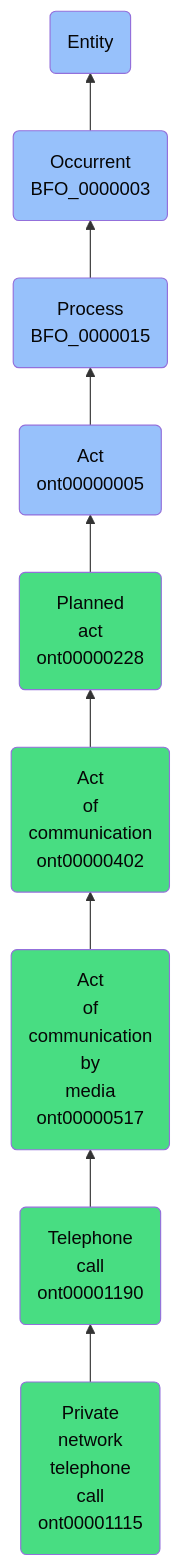
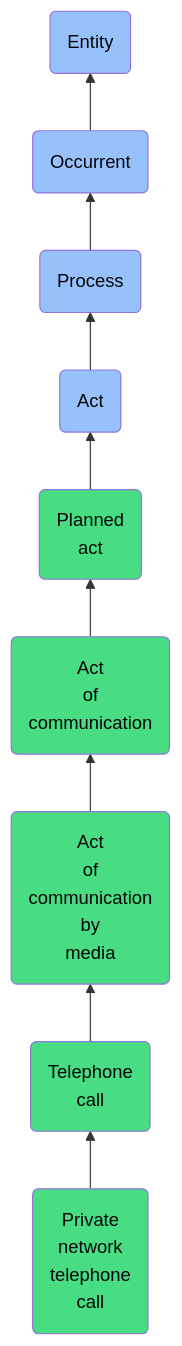
The diagram in docs/ontology/reference/model/Entity/Occurrent/Process/Act/Planned act/Act of communication/Act of communication by media/Telephone call/Private network telephone call/Private network telephone call.md (jupyter-naas/abi), drawn with Mermaid before and after one commit. The commit also changed other lines of this file and 1430 other files, not shown here.

````diff
--- a/docs/ontology/reference/model/Entity/Occurrent/Process/Act/Planned act/Act of communication/Act of communication by media/Telephone call/Private network telephone call/Private network telephone call.md
+++ b/docs/ontology/reference/model/Entity/Occurrent/Process/Act/Planned act/Act of communication/Act of communication by media/Telephone call/Private network telephone call/Private network telephone call.md
@@ -24,16 +24,16 @@
 ```mermaid
 graph BT
-    ont00001115(Private<br>network<br>telephone<br>call<br>ont00001115):::ABI-->ont00001190
-    ont00001190(Telephone<br>call<br>ont00001190):::ABI-->ont00000517
-    ont00000517(Act<br>of<br>communication<br>by<br>media<br>ont00000517):::ABI-->ont00000402
-    ont00000402(Act<br>of<br>communication<br>ont00000402):::ABI-->ont00000228
-    ont00000228(Planned<br>act<br>ont00000228):::ABI-->ont00000005
-    ont00000005(Act<br>ont00000005):::BFO-->BFO_0000015
-    BFO_0000015(Process<br>BFO_0000015):::BFO-->BFO_0000003
-    BFO_0000003(Occurrent<br>BFO_0000003):::BFO-->BFO_0000001
+    ont00001115(Private<br>network<br>telephone<br>call):::ABI-->ont00001190
+    ont00001190(Telephone<br>call):::ABI-->ont00000517
+    ont00000517(Act<br>of<br>communication<br>by<br>media):::ABI-->ont00000402
+    ont00000402(Act<br>of<br>communication):::ABI-->ont00000228
+    ont00000228(Planned<br>act):::ABI-->ont00000005
+    ont00000005(Act):::BFO-->BFO_0000015
+    BFO_0000015(Process):::BFO-->BFO_0000003
+    BFO_0000003(Occurrent):::BFO-->BFO_0000001
     BFO_0000001(Entity):::BFO
     
     classDef BFO fill:#97c1fb,color:#060606
     classDef CCO fill:#e4c51e,color:#060606
     classDef ABI fill:#48DD82,color:#060606
 ```
````
